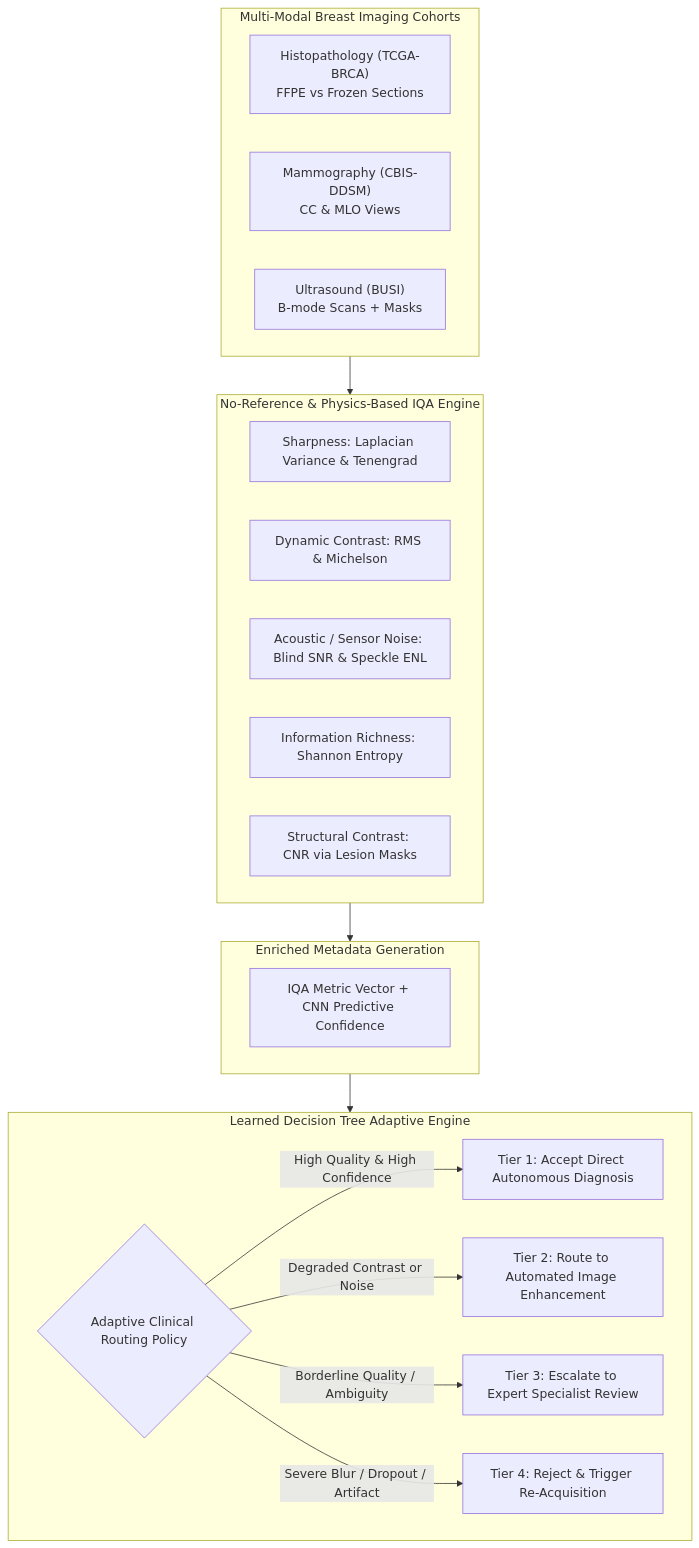
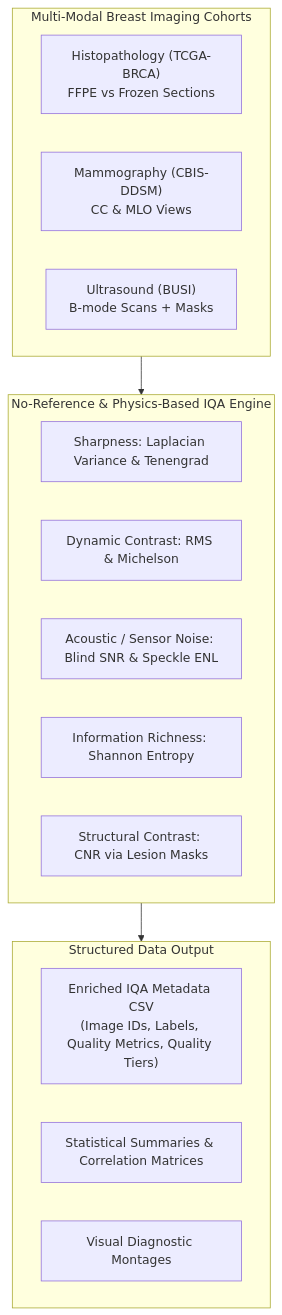
The fifth of 5 diagrams in README.md (Youssef-Ebn-Yasser/breastCancerAnalytics), drawn with Mermaid before and after one commit. The commit also changed other lines of this file and 22 other files, not shown here.

Commit message:
Refactor: Focus purely on multi-modal exploratory IQA analysis; remove decision tree model; add comprehensive Word report and Kaggle cell execution instructions

````diff
--- a/README.md
+++ b/README.md
@@ -182,32 +180,25 @@
 ```mermaid
 graph TD
     subgraph Multi_Modal_Data["Multi-Modal Breast Imaging Cohorts"]
         A1["Histopathology (TCGA-BRCA)<br>FFPE vs Frozen Sections"]
         A2["Mammography (CBIS-DDSM)<br>CC & MLO Views"]
         A3["Ultrasound (BUSI)<br>B-mode Scans + Masks"]
     end
 
     subgraph IQA_Engine["No-Reference & Physics-Based IQA Engine"]
         B1["Sharpness: Laplacian Variance & Tenengrad"]
         B2["Dynamic Contrast: RMS & Michelson"]
         B3["Acoustic / Sensor Noise: Blind SNR & Speckle ENL"]
         B4["Information Richness: Shannon Entropy"]
         B5["Structural Contrast: CNR via Lesion Masks"]
     end
 
-    subgraph Feature_Vector["Enriched Metadata Generation"]
-        C1["IQA Metric Vector + CNN Predictive Confidence"]
-    end
-
-    subgraph Decision_Engine["Learned Decision Tree Adaptive Engine"]
-        D1{"Adaptive Clinical Routing Policy"}
-        D1 -->|High Quality & High Confidence| E1["Tier 1: Accept Direct Autonomous Diagnosis"]
-        D1 -->|Degraded Contrast or Noise| E2["Tier 2: Route to Automated Image Enhancement"]
-        D1 -->|Borderline Quality / Ambiguity| E3["Tier 3: Escalate to Expert Specialist Review"]
-        D1 -->|Severe Blur / Dropout / Artifact| E4["Tier 4: Reject & Trigger Re-Acquisition"]
+    subgraph Enriched_Metadata["Structured Data Output"]
+        C1["Enriched IQA Metadata CSV<br>(Image IDs, Labels, Quality Metrics, Quality Tiers)"]
+        C2["Statistical Summaries & Correlation Matrices"]
+        C3["Visual Diagnostic Montages"]
     end
 
     Multi_Modal_Data --> IQA_Engine
-    IQA_Engine --> Feature_Vector
-    Feature_Vector --> Decision_Engine
+    IQA_Engine --> Enriched_Metadata
 ```
````
